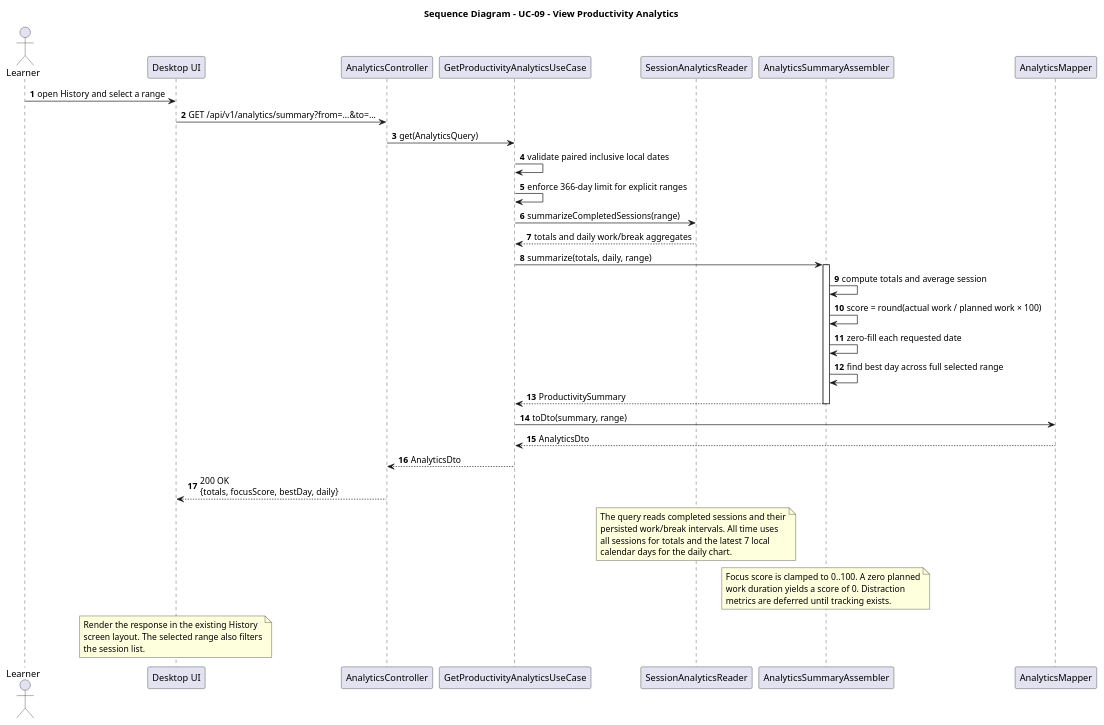
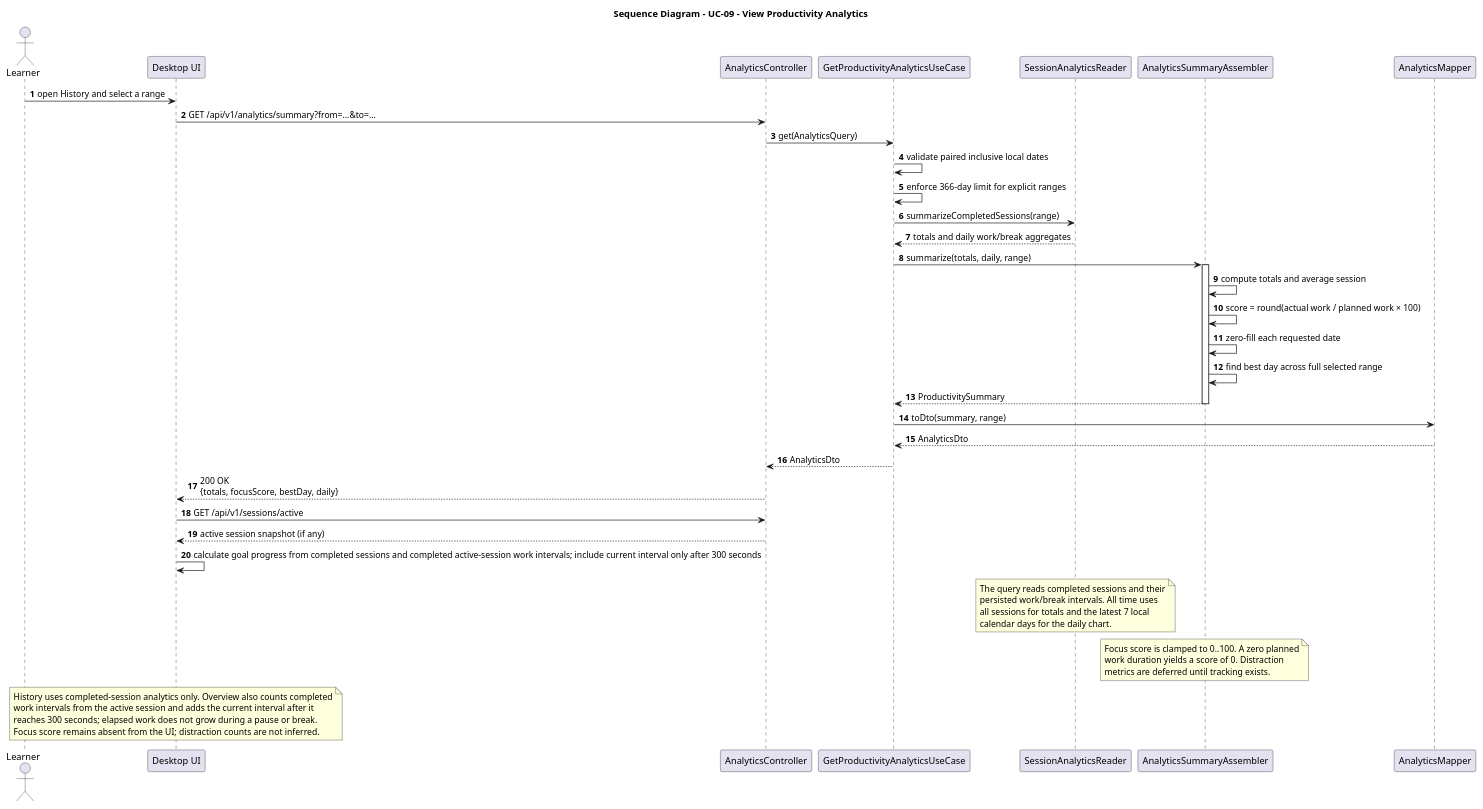
Before and after one commit to MiguelRibeiro1210/Focus-and-Study-Tracking: the diagram in docs/SD/SD_ViewAnalytics.puml, drawn with PlantUML. The commit also changed 21 other files, not shown here.

```diff
--- a/docs/SD/SD_ViewAnalytics.puml
+++ b/docs/SD/SD_ViewAnalytics.puml
@@ -1,53 +1,58 @@
 @startuml
 title Sequence Diagram - UC-09 - View Productivity Analytics
 
 autonumber
 actor Learner
 participant "Desktop UI" as UI
 participant "AnalyticsController" as Controller
 participant "GetProductivityAnalyticsUseCase" as UseCase
 participant "SessionAnalyticsReader" as SessionRepo
 participant "AnalyticsSummaryAssembler" as Assembler
 participant "AnalyticsMapper" as Mapper
 
 Learner -> UI : open History and select a range
 UI -> Controller : GET /api/v1/analytics/summary?from=...&to=...
 Controller -> UseCase : get(AnalyticsQuery)
 UseCase -> UseCase : validate paired inclusive local dates
 UseCase -> UseCase : enforce 366-day limit for explicit ranges
 
 UseCase -> SessionRepo : summarizeCompletedSessions(range)
 SessionRepo --> UseCase : totals and daily work/break aggregates
 UseCase -> Assembler : summarize(totals, daily, range)
 activate Assembler
 Assembler -> Assembler : compute totals and average session
 Assembler -> Assembler : score = round(actual work / planned work × 100)
 Assembler -> Assembler : zero-fill each requested date
 Assembler -> Assembler : find best day across full selected range
 Assembler --> UseCase : ProductivitySummary
 deactivate Assembler
 UseCase -> Mapper : toDto(summary, range)
 Mapper --> UseCase : AnalyticsDto
 UseCase --> Controller : AnalyticsDto
 Controller --> UI : 200 OK\n{totals, focusScore, bestDay, daily}
 
+UI -> Controller : GET /api/v1/sessions/active
+Controller --> UI : active session snapshot (if any)
+UI -> UI : calculate goal progress from completed sessions and completed active-session work intervals; include current interval only after 300 seconds
+
 note over SessionRepo
   The query reads completed sessions and their
   persisted work/break intervals. All time uses
   all sessions for totals and the latest 7 local
   calendar days for the daily chart.
 end note
 
 note over Assembler
   Focus score is clamped to 0..100. A zero planned
   work duration yields a score of 0. Distraction
   metrics are deferred until tracking exists.
 end note
 
 note over UI
-  Render the response in the existing History
-  screen layout. The selected range also filters
-  the session list.
+  History uses completed-session analytics only. Overview also counts completed
+  work intervals from the active session and adds the current interval after it
+  reaches 300 seconds; elapsed work does not grow during a pause or break.
+  Focus score remains absent from the UI; distraction counts are not inferred.
 end note
 
 @enduml
```
